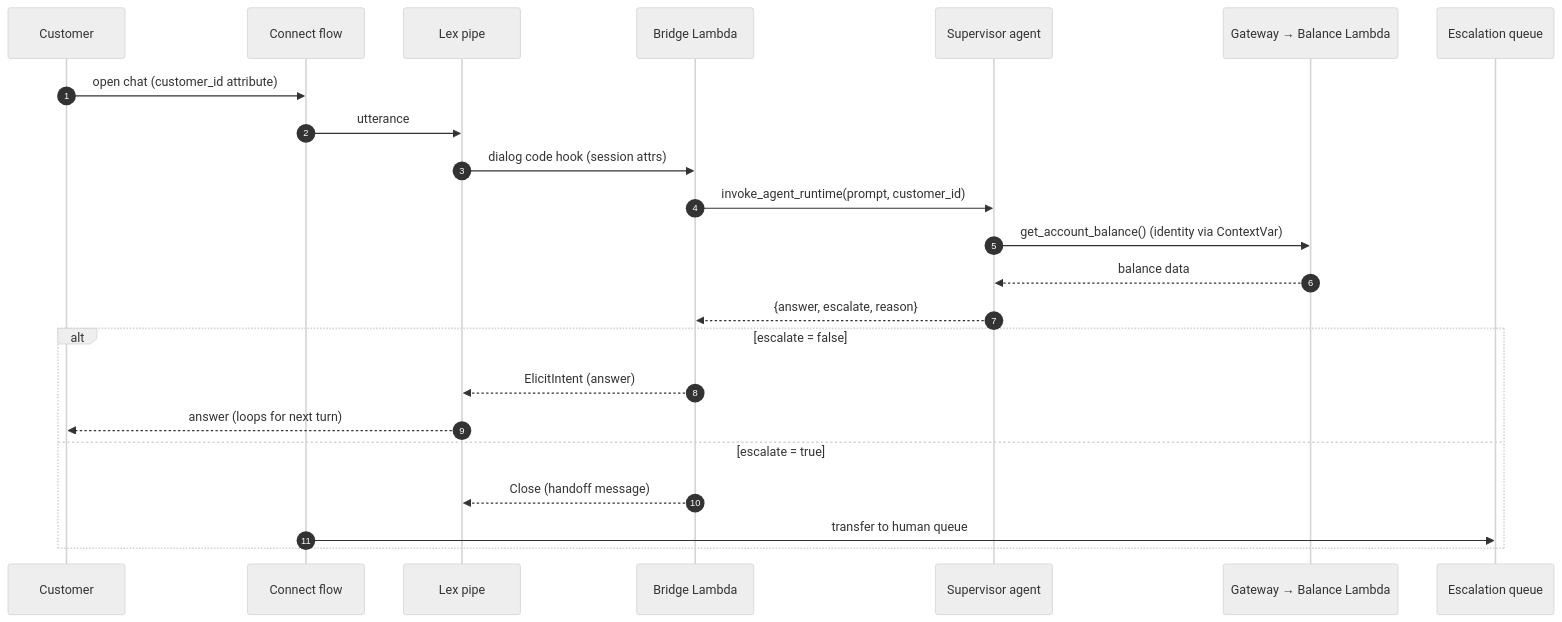
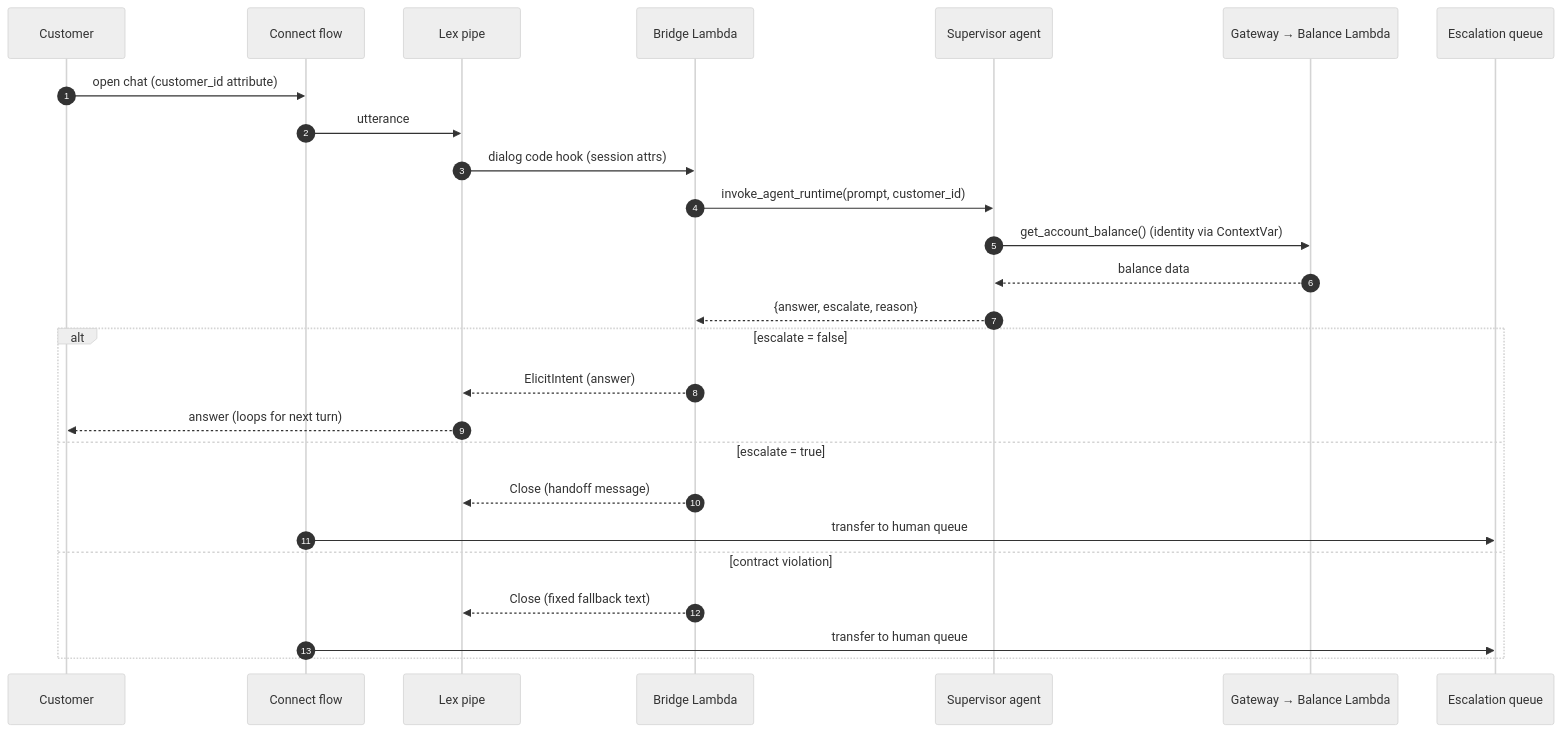
Before and after one commit to deadhand777/contact-center: the second of 4 diagrams in docs/architecture.md, drawn with Mermaid (neutral theme). The commit also changed other lines of this file and 14 other files, not shown here.

````diff
--- a/docs/architecture.md
+++ b/docs/architecture.md
@@ -70,26 +66,29 @@
 ```mermaid
 sequenceDiagram
   autonumber
   participant C as Customer
   participant CN as Connect flow
   participant LX as Lex pipe
   participant BR as Bridge Lambda
   participant AG as Supervisor agent
   participant GW as Gateway → Balance Lambda
   participant Q as Escalation queue
 
   C->>CN: open chat (customer_id attribute)
   CN->>LX: utterance
   LX->>BR: dialog code hook (session attrs)
   BR->>AG: invoke_agent_runtime(prompt, customer_id)
   AG->>GW: get_account_balance() (identity via ContextVar)
   GW-->>AG: balance data
   AG-->>BR: {answer, escalate, reason}
   alt escalate = false
     BR-->>LX: ElicitIntent (answer)
     LX-->>C: answer (loops for next turn)
   else escalate = true
     BR-->>LX: Close (handoff message)
     CN->>Q: transfer to human queue
+  else contract violation
+    BR-->>LX: Close (fixed fallback text)
+    CN->>Q: transfer to human queue
   end
 ```
````
